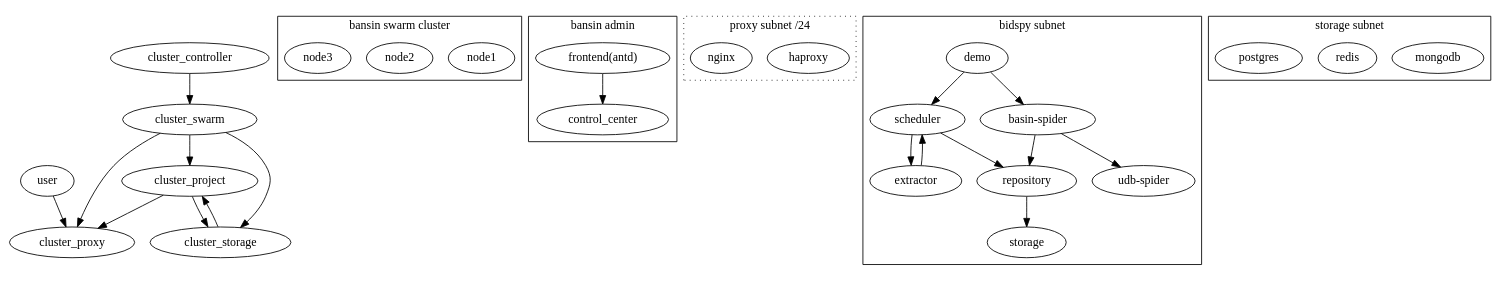
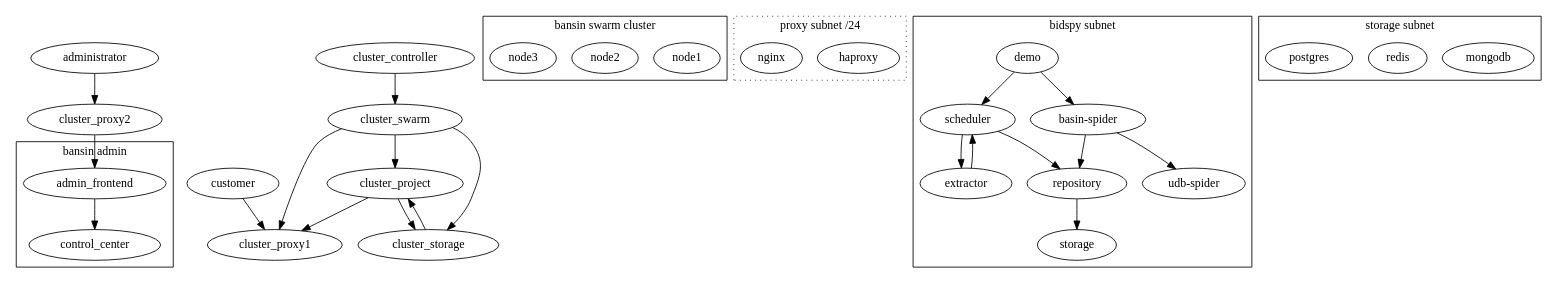
The diagram in research/swarm_bidpsy.dot (idleuncle/BasinSpaceBook), drawn with Graphviz before and after one commit.

Commit message:
Track 1 files into repository.
- modified research/swarm_bidpsy.dot

Auto commit by GitBook Editor

```diff
--- a/research/swarm_bidpsy.dot
+++ b/research/swarm_bidpsy.dot
@@ -1,65 +1,75 @@
 digraph G {
 
-    "user"
+    "administrator"
+    "customer"
 
     subgraph cluster_swarm {
         label = "bansin swarm cluster";
         "node1"
         "node2"
         "node3"
     }
 
     subgraph cluster_controller {
         label = "bansin admin";
-        "frontend(antd)" -> "control_center"
+        "admin_frontend" -> "control_center"
     }
 
-   subgraph cluster_proxy {
+   subgraph cluster_proxy1 {
+        label = "proxy subnet /24";
+        "haproxy"
+        "nginx"
+        graph[style=dotted];
+    }
+
+   subgraph cluster_proxy2 {
         label = "proxy subnet /24";
         "haproxy"
         "nginx"
         graph[style=dotted];
     }
 
    subgraph cluster_project {
 
         label = "bidspy subnet ";
         "demo"
         "extractor"
         "scheduler"
         "repository"
         "basin-spider"
         "udb-spider"
 
 
         "demo" -> "basin-spider"
         "demo" -> "scheduler"
         "extractor" -> "scheduler"
         "scheduler" -> "extractor"
         "scheduler" -> "repository"
         "basin-spider" -> "repository"
         "repository" -> "storage"
         "basin-spider" -> "udb-spider"
 
     }
 
     subgraph cluster_storage {
         label = "storage subnet";
         "mongodb"
         "redis"
         "postgres"
 
     }
 
 
     "cluster_controller" -> "cluster_swarm"  [lhead=cluster_swarm]
-    "cluster_swarm" -> "cluster_proxy"
+    "cluster_swarm" -> "cluster_proxy1"
     "cluster_swarm" -> "cluster_project"
     "cluster_swarm" -> "cluster_storage"
 
-    "user" -> "cluster_proxy"
-    "cluster_project" -> "cluster_proxy"
+    "administrator" -> "cluster_proxy2"
+    "cluster_proxy2" -> "admin_frontend"
+    "customer" -> "cluster_proxy1"
+    "cluster_project" -> "cluster_proxy1"
     "cluster_project" -> "cluster_storage"
     "cluster_storage" -> "cluster_project"
 
 }
```
